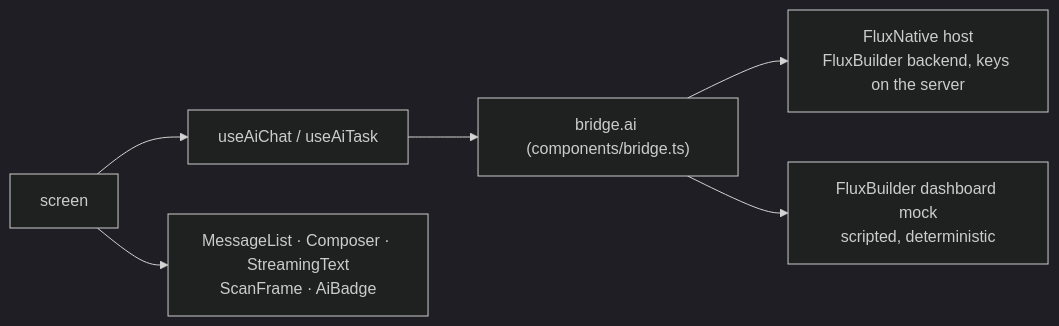
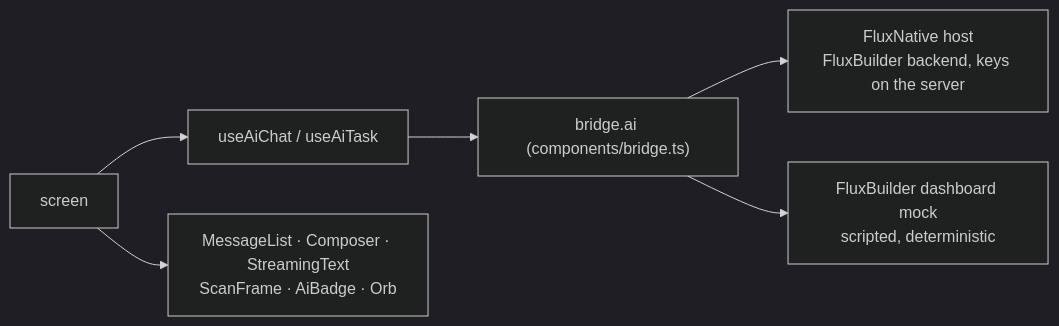
Before and after one commit to fluxnative-app/fluxnative-ui: the diagram in docs/topics/ai.md, drawn with Mermaid (dark theme). The commit also changed other lines of this file and 14 other files, not shown here.

````diff
--- a/docs/topics/ai.md
+++ b/docs/topics/ai.md
@@ -10,8 +10,8 @@
 ```mermaid
 flowchart LR
   S[screen] --> H[useAiChat / useAiTask]
-  S --> C[MessageList · Composer · StreamingText<br/>ScanFrame · AiBadge]
+  S --> C[MessageList · Composer · StreamingText<br/>ScanFrame · AiBadge · Orb]
   H --> B["bridge.ai (components/bridge.ts)"]
   B --> F[FluxNative host<br/>FluxBuilder backend, keys on the server]
   B --> M[FluxBuilder dashboard mock<br/>scripted, deterministic]
 ```
````
